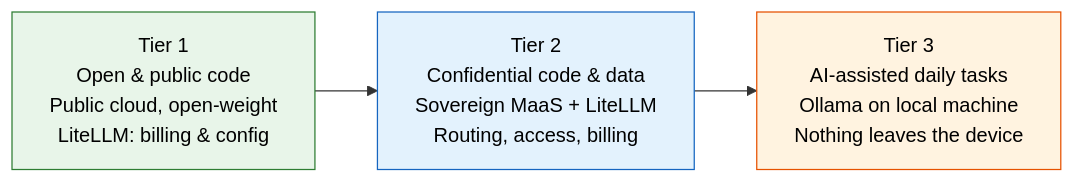
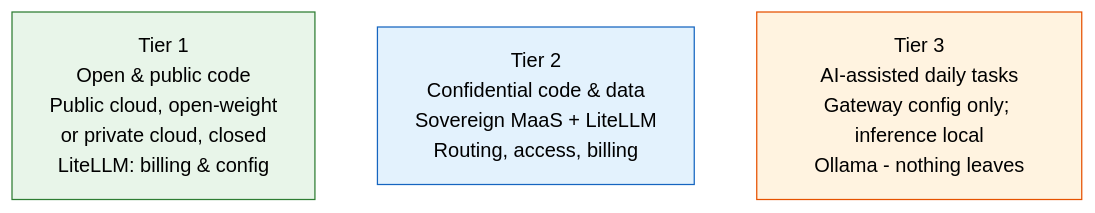
One commit to davidinux/pub changed the diagram in conferences/sfscon26/diagrams/tier-overview.mmd. Above: the diagram before and after it, drawn with Mermaid. The commit also changed 10 other files, not shown here.

```diff
--- a/conferences/sfscon26/diagrams/tier-overview.mmd
+++ b/conferences/sfscon26/diagrams/tier-overview.mmd
@@ -1,11 +1,12 @@
 graph LR
-    T1["Tier 1<br/>Open & public code<br/>Public cloud, open-weight<br/>LiteLLM: billing & config"]
+    T1["Tier 1<br/>Open & public code<br/>Public cloud, open-weight<br/>or private cloud, closed<br/>LiteLLM: billing & config"]
     T2["Tier 2<br/>Confidential code & data<br/>Sovereign MaaS + LiteLLM<br/>Routing, access, billing"]
-    T3["Tier 3<br/>AI-assisted daily tasks<br/>Ollama on local machine<br/>Nothing leaves the device"]
+    T3["Tier 3<br/>AI-assisted daily tasks<br/>Gateway config only; inference local<br/>Ollama - nothing leaves"]
 
-    T1 --> T2
-    T2 --> T3
+    T1 --- T2
+    T2 --- T3
+    linkStyle 0,1 stroke-width:0,opacity:0
 
     style T1 fill:#e8f5e9,stroke:#2e7d32,color:#000
     style T2 fill:#e3f2fd,stroke:#1565c0,color:#000
     style T3 fill:#fff3e0,stroke:#e65100,color:#000
```
